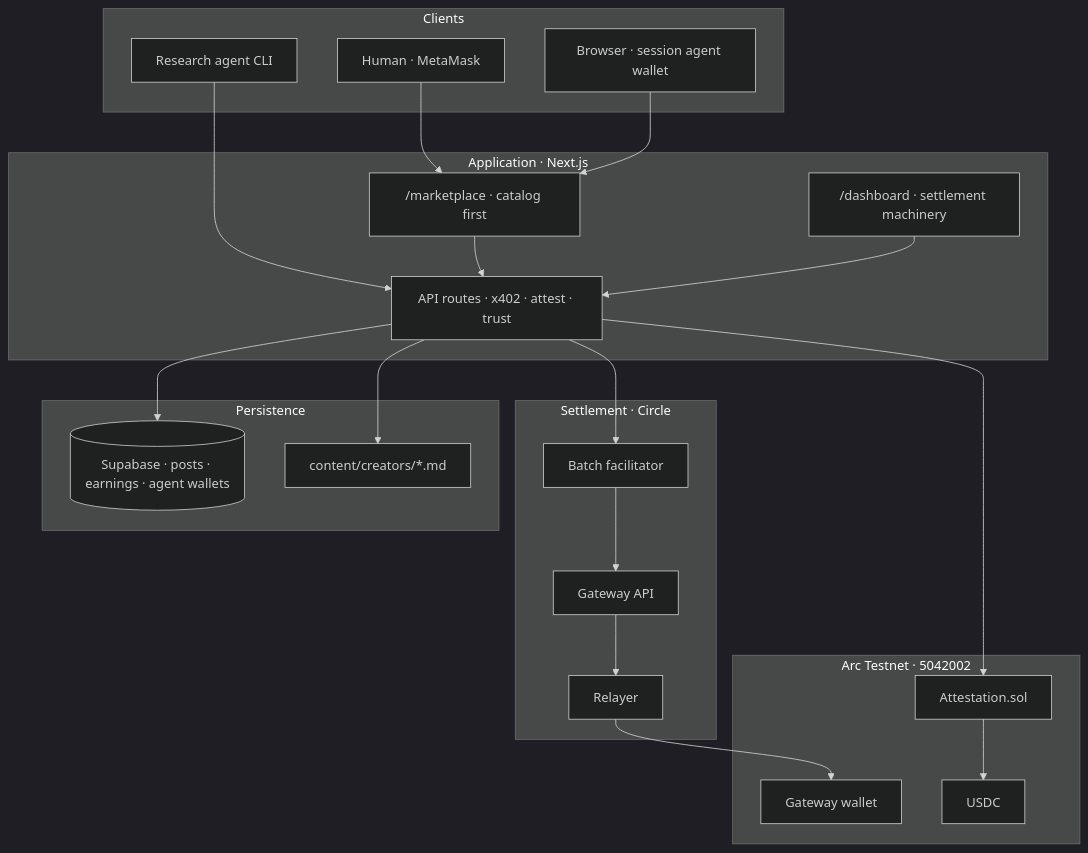
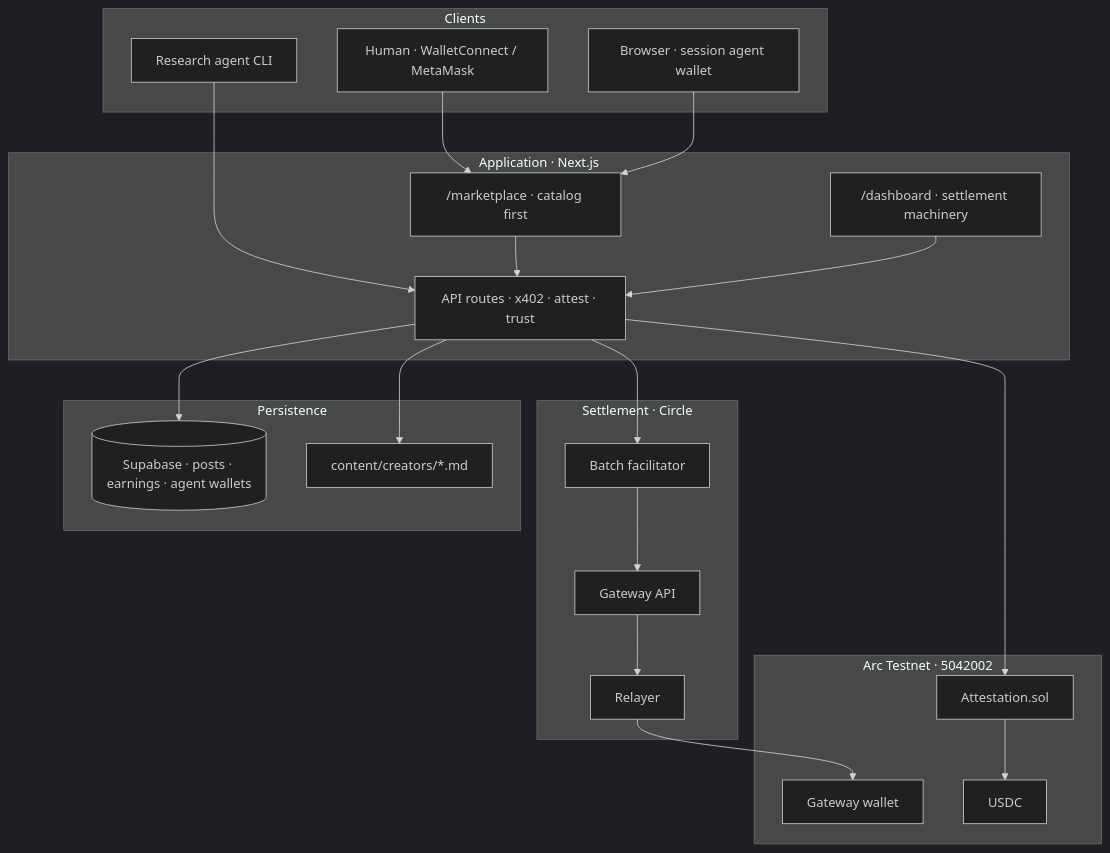
One commit to rudazy/citation-agent changed the first of 5 diagrams in README.md. Above: the diagram before and after it, drawn with Mermaid (dark theme). The commit also changed other lines of this file and 28 other files, not shown here.

Commit message:
WalletConnect for mobile

````diff
--- a/README.md
+++ b/README.md
@@ -35,43 +35,43 @@
 ```mermaid
 flowchart TB
   subgraph Clients["Clients"]
-    Human["Human · MetaMask"]
+    Human["Human · WalletConnect / MetaMask"]
     Agent["Research agent CLI"]
     BrowserAgent["Browser · session agent wallet"]
   end
 
   subgraph Application["Application · Next.js"]
     Marketplace["/marketplace · catalog first"]
     Dashboard["/dashboard · settlement machinery"]
     APIs["API routes · x402 · attest · trust"]
   end
 
   subgraph Settlement["Settlement · Circle"]
     Facilitator["Batch facilitator"]
     GatewayAPI["Gateway API"]
     Relayer["Relayer"]
   end
 
   subgraph Chain["Arc Testnet · 5042002"]
     GatewayWallet["Gateway wallet"]
     USDC["USDC"]
     Attestation["Attestation.sol"]
   end
 
   subgraph Persistence["Persistence"]
     Supabase[("Supabase · posts · earnings · agent wallets")]
     Seeds["content/creators/*.md"]
   end
 
   Human --> Marketplace
   BrowserAgent --> Marketplace
   Agent --> APIs
   Marketplace --> APIs
   Dashboard --> APIs
   APIs --> Facilitator
   Facilitator --> GatewayAPI --> Relayer --> GatewayWallet
   APIs --> Attestation
   Attestation --> USDC
   APIs --> Seeds
   APIs --> Supabase
 ```
````
